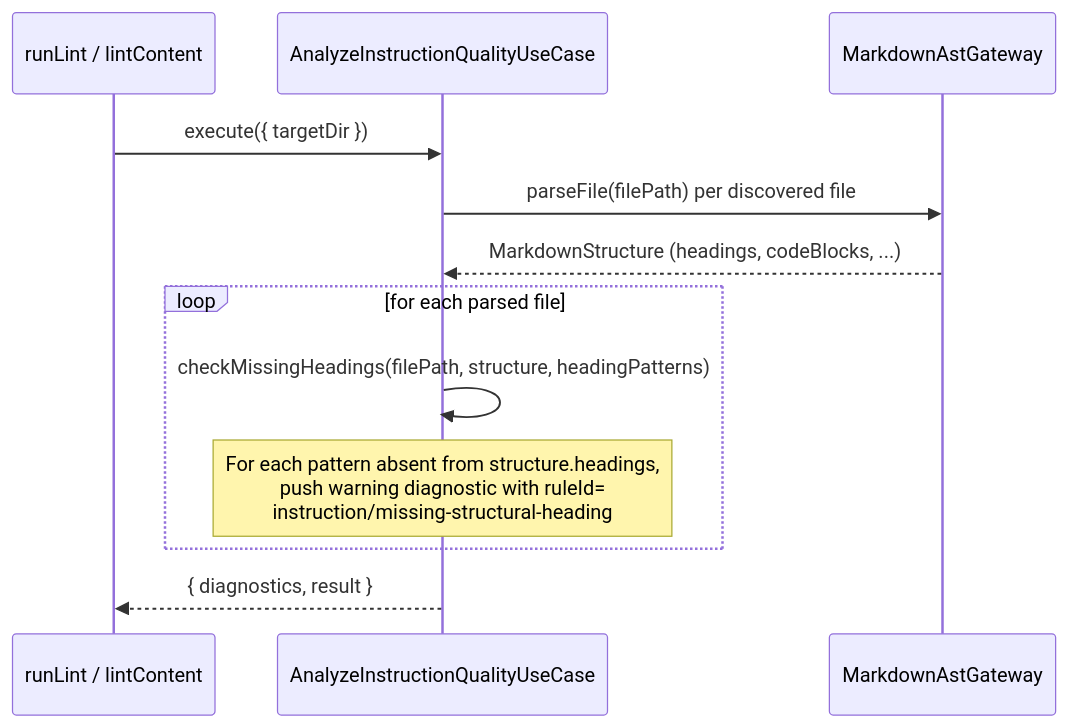
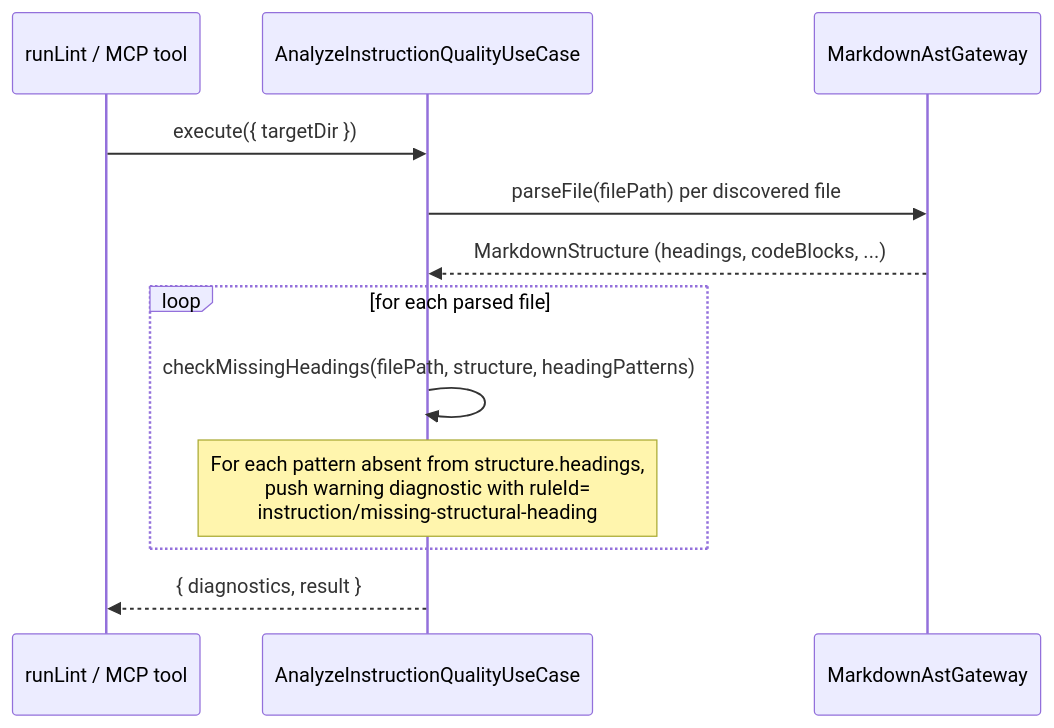
The second of 2 diagrams in .github/specs/lint-instruction-heading-patterns.spec.md (zpratt/lousy-agents), drawn with Mermaid before and after one commit. The commit also changed other lines of this file and 2 other files, not shown here.

First line of the commit message:
fix: custom targetDir error message, proximityWindow min(0), spec lintContent cleanup

````diff
--- a/.github/specs/lint-instruction-heading-patterns.spec.md
+++ b/.github/specs/lint-instruction-heading-patterns.spec.md
@@ -107,15 +107,15 @@
 ```mermaid
 sequenceDiagram
-    participant Caller as runLint / lintContent
+    participant Caller as runLint / MCP tool
     participant UC as AnalyzeInstructionQualityUseCase
     participant GW as MarkdownAstGateway
 
     Caller->>UC: execute({ targetDir })
     UC->>GW: parseFile(filePath) per discovered file
     GW-->>UC: MarkdownStructure (headings, codeBlocks, ...)
     loop for each parsed file
         UC->>UC: checkMissingHeadings(filePath, structure, headingPatterns)
         Note over UC: For each pattern absent from structure.headings,<br/>push warning diagnostic with ruleId=<br/>instruction/missing-structural-heading
     end
     UC-->>Caller: { diagnostics, result }
 ```
````
